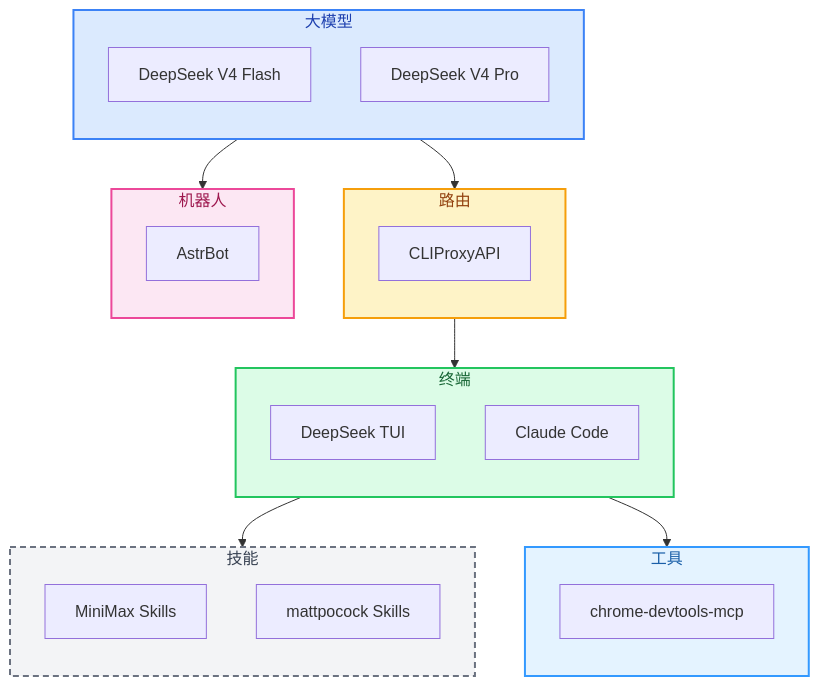
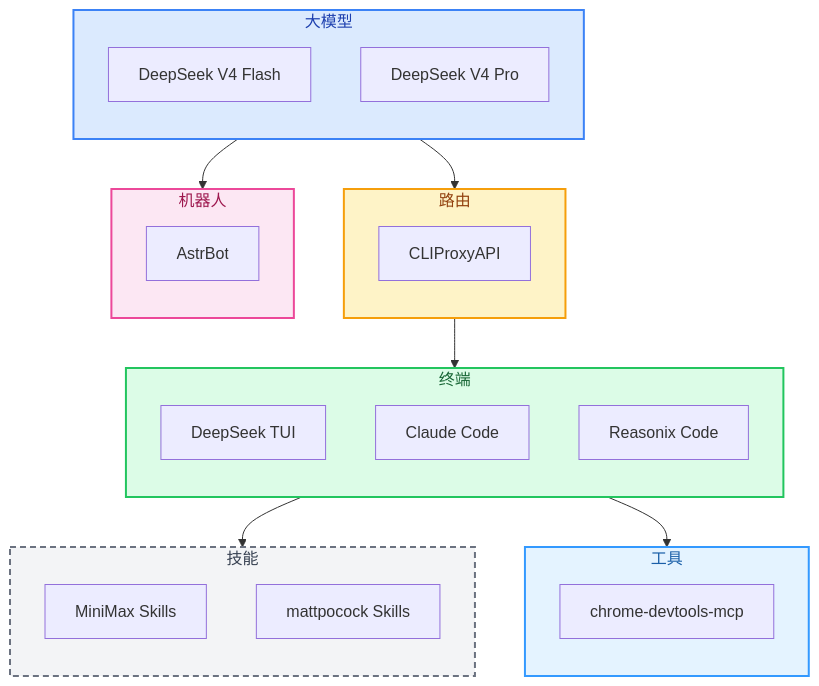
The diagram in README.md (yuanxin518/ai-path), drawn with Mermaid before and after one commit. The commit also changed other lines of this file and 1 other file, not shown here.

Commit message:
add Reasonix Code to AI Path (终端)

````diff
--- a/README.md
+++ b/README.md
@@ -23,47 +23,48 @@
 ```mermaid
 flowchart TD
     subgraph N00["大模型"]
         direction TB
         DS1["DeepSeek V4 Flash"]
         DS2["DeepSeek V4 Pro"]
     end
     style N00 fill:#dbeafe,stroke:#3b82f6,stroke-width:2px,color:#1e40af
 
     subgraph N01["路由"]
         direction TB
         CPA["CLIProxyAPI"]
     end
     style N01 fill:#fef3c7,stroke:#f59e0b,stroke-width:2px,color:#92400e
 
     subgraph N02["终端"]
         direction TB
         TUI["DeepSeek TUI"]
         CC["Claude Code"]
+        RX["Reasonix Code"]
     end
     style N02 fill:#dcfce7,stroke:#22c55e,stroke-width:2px,color:#166534
 
     subgraph N03["技能"]
         direction TB
         MSK["MiniMax Skills"]
         PSK["mattpocock Skills"]
     end
     style N03 fill:#f3f4f6,stroke:#6b7280,stroke-width:2px,stroke-dasharray:6 4,color:#374151
 
     subgraph N04["工具"]
         direction TB
         CDM["chrome-devtools-mcp"]
     end
     style N04 fill:#e4f3ff,stroke:#3399ff,stroke-width:2px,color:#1a5fa8
 
     subgraph N05["机器人"]
         direction TB
         AB["AstrBot"]
     end
     style N05 fill:#fce7f3,stroke:#ec4899,stroke-width:2px,color:#9d174d
 
     N00 --> N01
     N01 --> N02
     N02 --> N03
     N02 --> N04
     N00 --> N05
 ```
````
